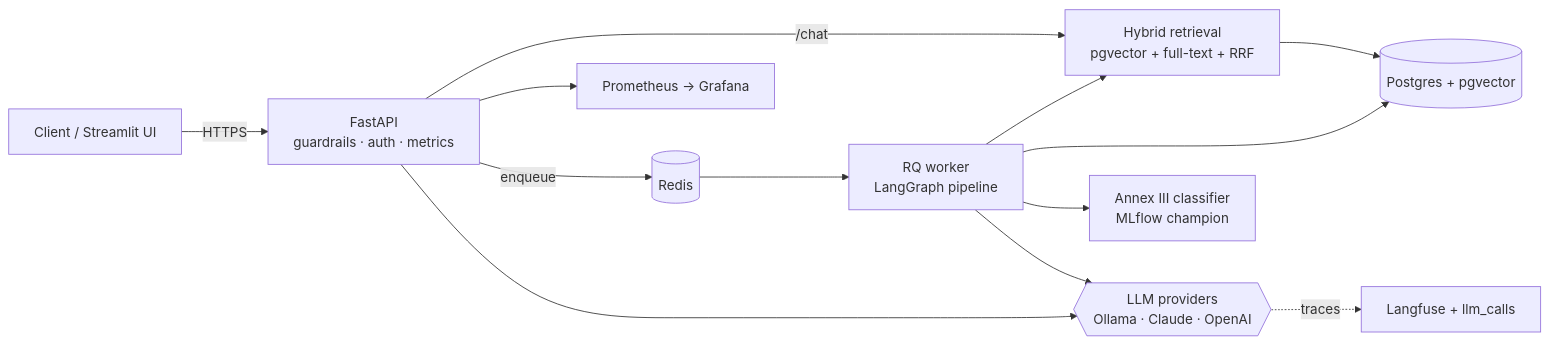
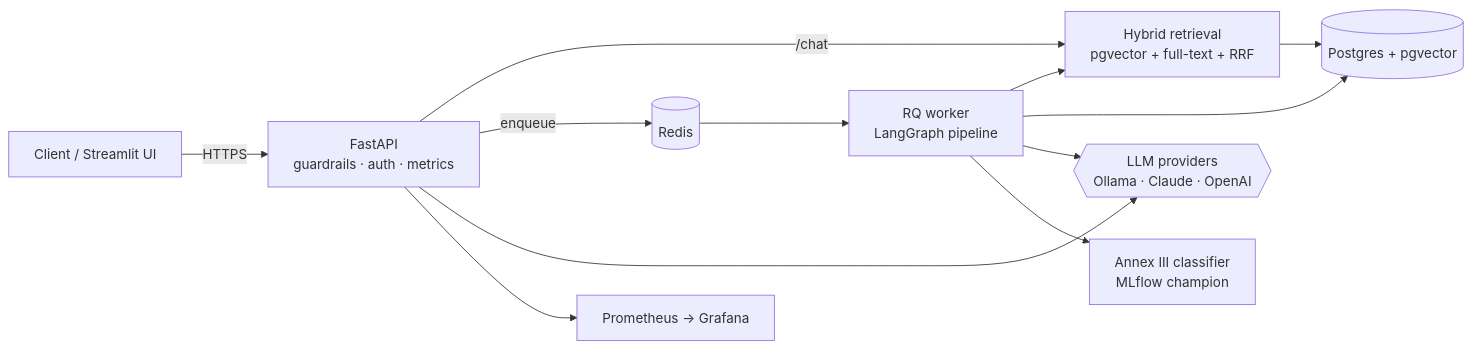
The first of 2 diagrams in README.md (arjityadav/ai-act-copilot), drawn with Mermaid before and after one commit. The commit also changed other lines of this file, not shown here.

````diff
--- a/README.md
+++ b/README.md
@@ -18,15 +56,14 @@
 ```mermaid
 flowchart LR
   U[Client / Streamlit UI] -->|HTTPS| API[FastAPI<br/>guardrails · auth · metrics]
   API -->|/chat| RET[Hybrid retrieval<br/>pgvector + full-text + RRF]
   API -->|enqueue| Q[(Redis)]
   Q --> W[RQ worker<br/>LangGraph pipeline]
   W --> RET
   RET --> DB[(Postgres + pgvector)]
   W --> DB
   W --> LLM{{LLM providers<br/>Ollama · Claude · OpenAI}}
   API --> LLM
   W --> ML[Annex III classifier<br/>MLflow champion]
   API --> PROM[Prometheus → Grafana]
-  LLM -.traces.-> LF[Langfuse + llm_calls]
 ```
````
